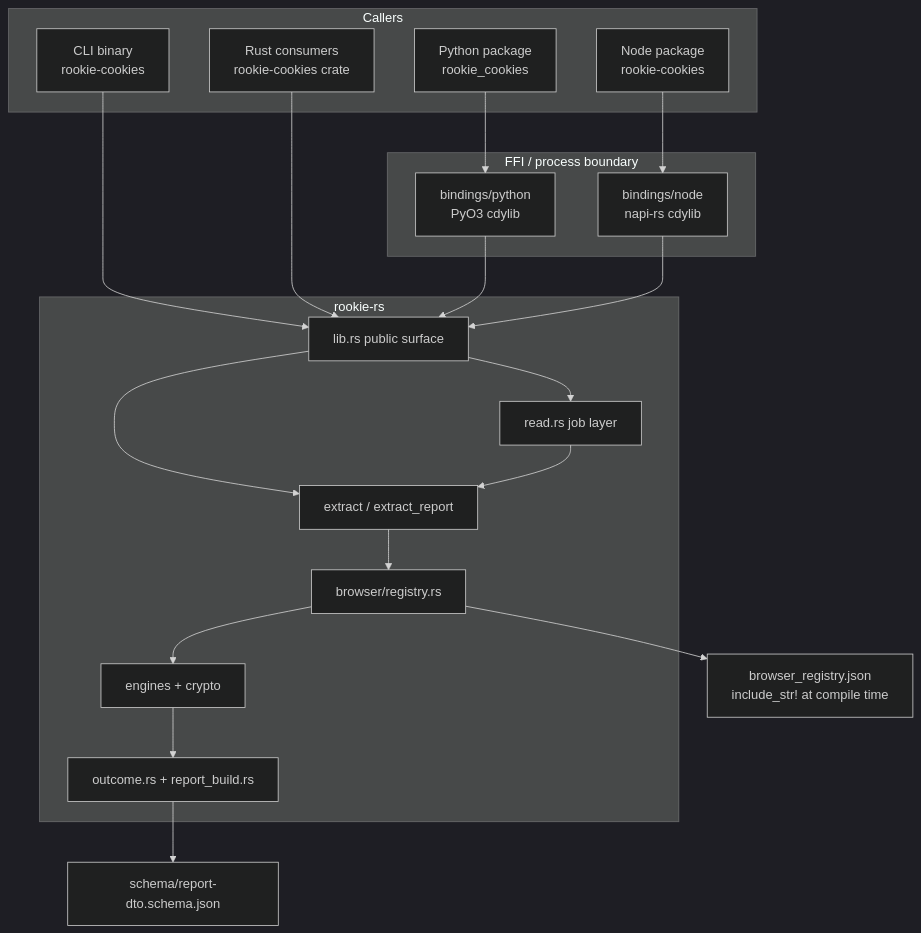
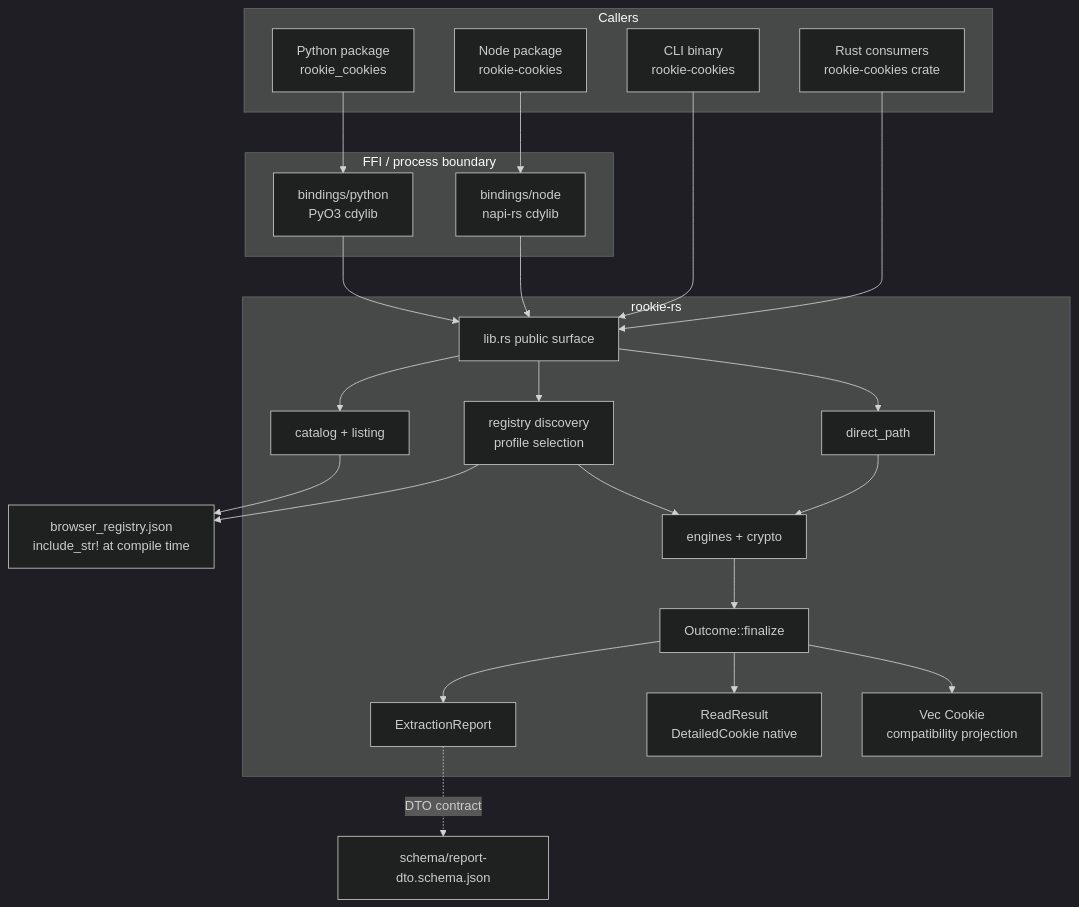
Before and after one commit to teng-lin/rookie: the first of 16 diagrams in docs/architecture.md, drawn with Mermaid (dark theme). The commit also changed other lines of this file and 24 other files, not shown here.

Commit message:
docs: refresh architecture after projection job cleanup

````diff
--- a/docs/architecture.md
+++ b/docs/architecture.md
@@ -373,41 +376,48 @@
 ```mermaid
 flowchart TB
   subgraph callers [Callers]
     PY["Python package<br/>rookie_cookies"]
     JS["Node package<br/>rookie-cookies"]
     CLI["CLI binary<br/>rookie-cookies"]
     RS["Rust consumers<br/>rookie-cookies crate"]
   end
 
   subgraph ffi [FFI / process boundary]
     PYO3["bindings/python<br/>PyO3 cdylib"]
     NAPI["bindings/node<br/>napi-rs cdylib"]
   end
 
   subgraph core [rookie-rs]
     LIB["lib.rs public surface"]
-    READ["read.rs job layer"]
-    EXTRACT["extract / extract_report"]
-    REG["browser/registry.rs"]
+    CATALOG["catalog + listing"]
+    REG["registry discovery<br/>profile selection"]
+    PATH["direct_path"]
     ENG["engines + crypto"]
-    OUT["outcome.rs + report_build.rs"]
+    OUT["Outcome::finalize"]
+    REPORT["ExtractionReport"]
+    SNAP["ReadResult<br/>DetailedCookie native"]
+    FLAT["Vec Cookie<br/>compatibility projection"]
   end
 
   JSON["browser_registry.json<br/>include_str! at compile time"]
   SCHEMA["schema/report-dto.schema.json"]
 
   PY --> PYO3
   JS --> NAPI
   CLI --> LIB
   RS --> LIB
   PYO3 --> LIB
   NAPI --> LIB
-  LIB --> READ
-  LIB --> EXTRACT
-  READ --> EXTRACT
-  EXTRACT --> REG
+  LIB --> CATALOG
+  LIB --> REG
+  LIB --> PATH
+  CATALOG --> JSON
   REG --> JSON
   REG --> ENG
+  PATH --> ENG
   ENG --> OUT
-  OUT --> SCHEMA
+  OUT --> REPORT
+  OUT --> SNAP
+  OUT --> FLAT
+  REPORT -. "DTO contract" .-> SCHEMA
 ```
````
